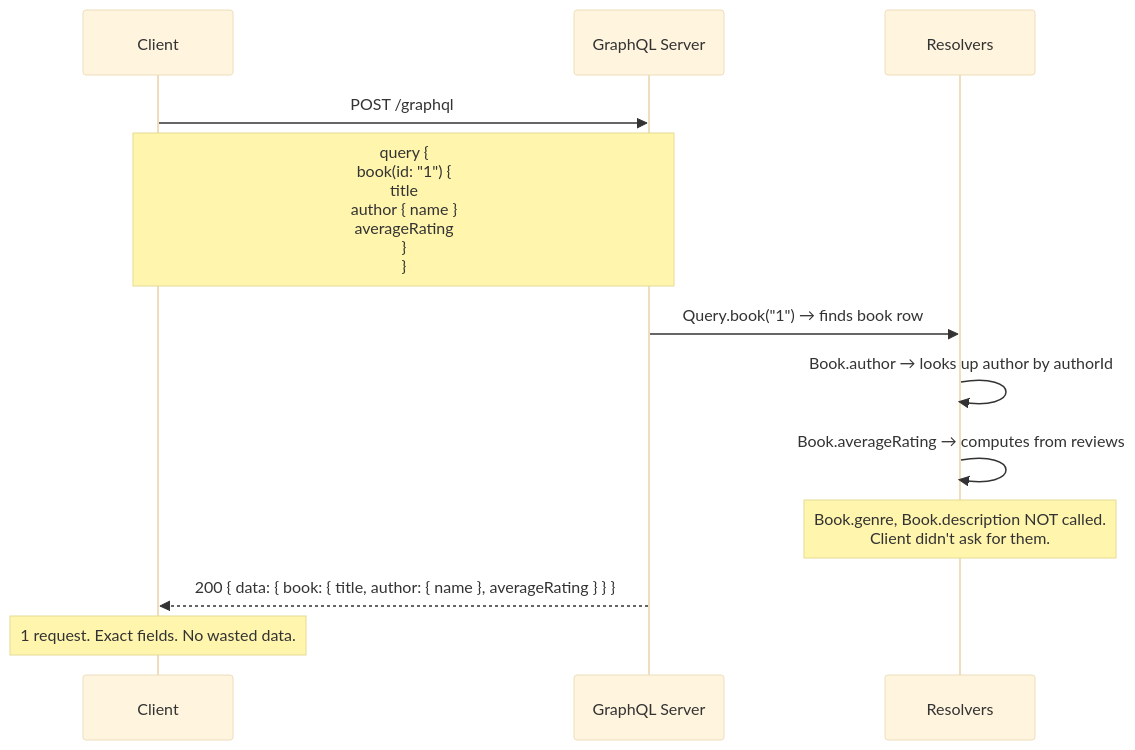
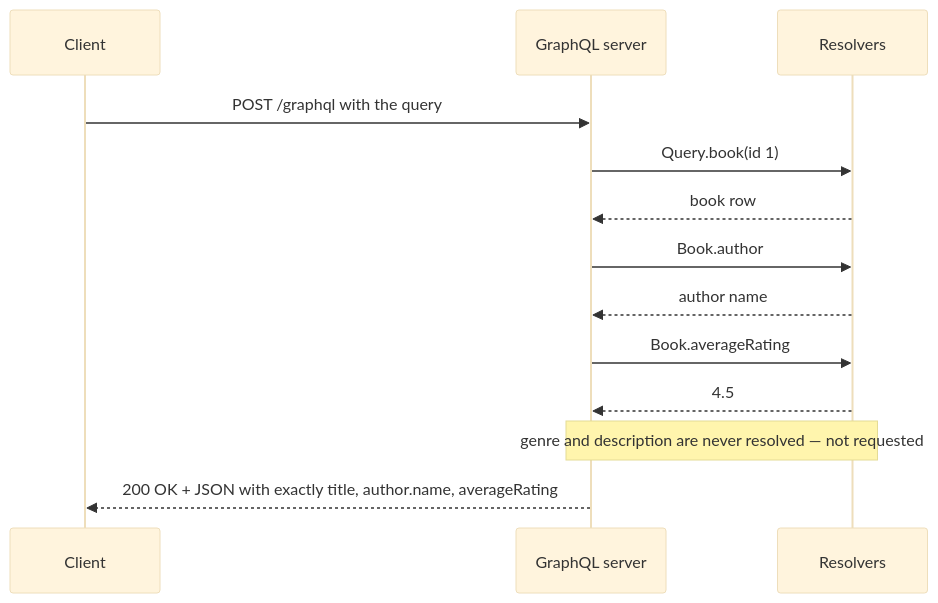
One commit to vaisakh-vn/api-comparison changed the fifth of 13 diagrams in README.md. Above: the diagram before and after it, drawn with Mermaid (base theme). The commit also changed other lines of this file, not shown here.

First line of the commit message:
Fix README diagram colors and correct gRPC comparison

````diff
--- a/README.md
+++ b/README.md
@@ -231,17 +216,16 @@
 ```mermaid
 sequenceDiagram
     participant C as Client
-    participant S as GraphQL Server
+    participant S as GraphQL server
     participant R as Resolvers
 
-    C->>S: POST /graphql
-    Note over C,S: query {<br/>  book(id: "1") {<br/>    title<br/>    author { name }<br/>    averageRating<br/>  }<br/>}
-
-    S->>R: Query.book("1") → finds book row
-    R->>R: Book.author → looks up author by authorId
-    R->>R: Book.averageRating → computes from reviews
-    Note over R: Book.genre, Book.description NOT called.<br/>Client didn't ask for them.
-
-    S-->>C: 200 { data: { book: { title, author: { name }, averageRating } } }
-    Note over C: 1 request. Exact fields. No wasted data.
+    C->>S: POST /graphql with the query
+    S->>R: Query.book(id 1)
+    R-->>S: book row
+    S->>R: Book.author
+    R-->>S: author name
+    S->>R: Book.averageRating
+    R-->>S: 4.5
+    Note over S,R: genre and description are never resolved — not requested
+    S-->>C: 200 OK + JSON with exactly title, author.name, averageRating
 ```
````
